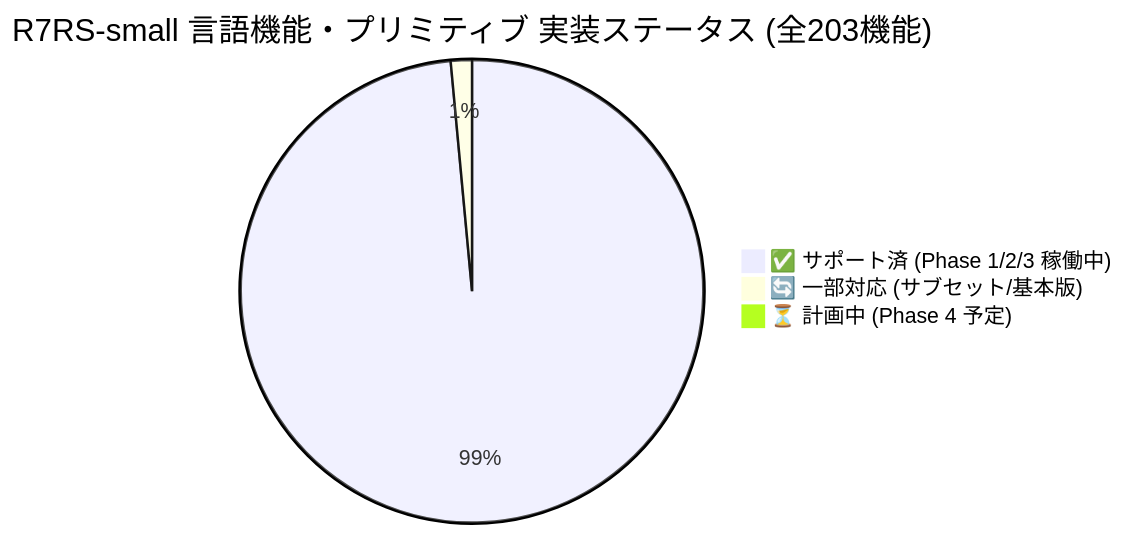
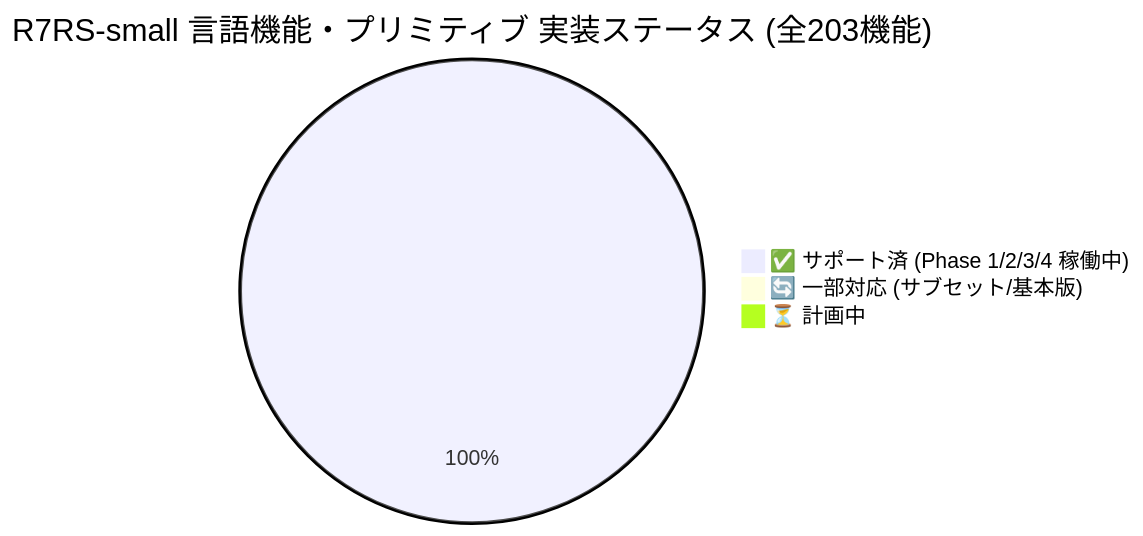
Before and after one commit to rokujyouhitoma/arxiv-security-papers: the first of 3 diagrams in ilisp/docs/SPEC_R7RS.md, drawn with Mermaid. The commit also changed other lines of this file and 7 other files, not shown here.

````diff
--- a/ilisp/docs/SPEC_R7RS.md
+++ b/ilisp/docs/SPEC_R7RS.md
@@ -17,6 +17,6 @@
 ```mermaid
 pie title R7RS-small 言語機能・プリミティブ 実装ステータス (全203機能)
-    "✅ サポート済 (Phase 1/2/3 稼働中)" : 200
-    "🔄 一部対応 (サブセット/基本版)" : 3
-    "⏳ 計画中 (Phase 4 予定)" : 0
+    "✅ サポート済 (Phase 1/2/3/4 稼働中)" : 203
+    "🔄 一部対応 (サブセット/基本版)" : 0
+    "⏳ 計画中" : 0
 ```
````
